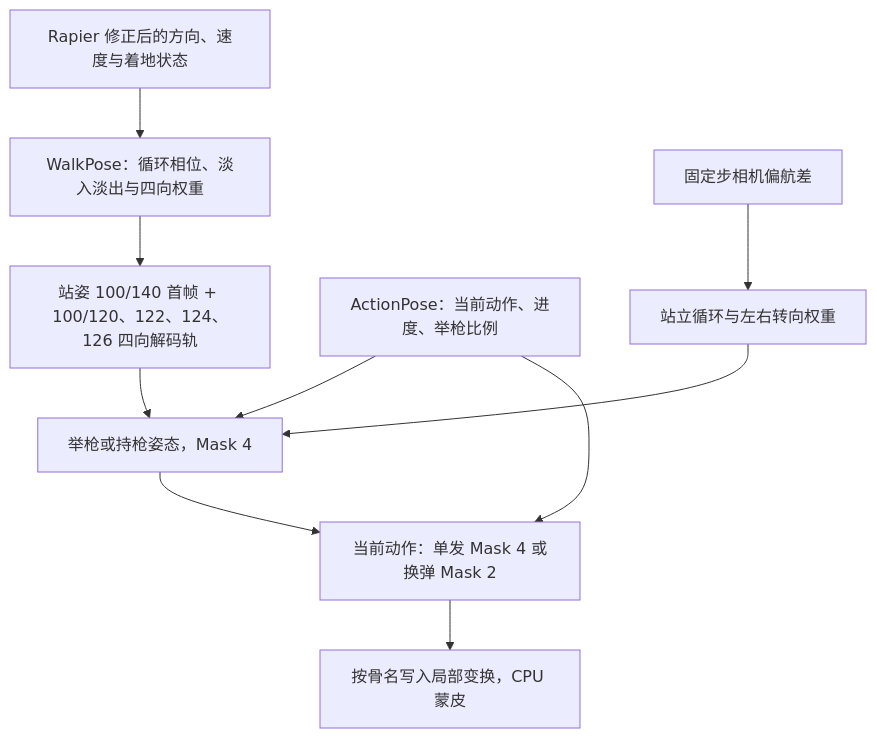
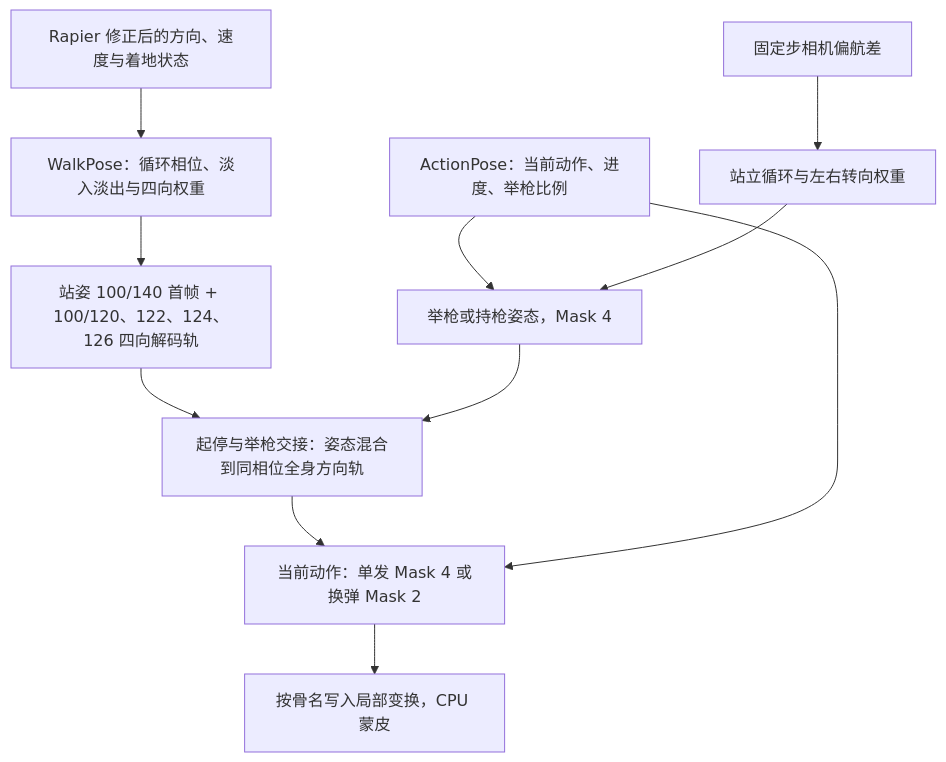
The second of 2 diagrams in web-3c/TECHNICAL.md (archili2035/RE_Research), drawn with Mermaid before and after one commit. The commit also changed other lines of this file and 11 other files, not shown here.

````diff
--- a/web-3c/TECHNICAL.md
+++ b/web-3c/TECHNICAL.md
@@ -37,11 +37,12 @@
 ```mermaid
 flowchart TD
   Move["Rapier 修正后的方向、速度与着地状态"] --> Walk["WalkPose：循环相位、淡入淡出与四向权重"]
   Walk --> Base["站姿 100/140 首帧 + 100/120、122、124、126 四向解码轨"]
   State["ActionPose：当前动作、进度、举枪比例"] --> Aim["举枪或持枪姿态，Mask 4"]
   Camera["固定步相机偏航差"] --> AimMotion["站立循环与左右转向权重"] --> Aim
-  Base --> Aim
-  Aim --> Overlay["当前动作：单发 Mask 4 或换弹 Mask 2"]
+  Base --> AimedBase["起停与举枪交接：姿态混合到同相位全身方向轨"]
+  Aim --> AimedBase
+  AimedBase --> Overlay["当前动作：单发 Mask 4 或换弹 Mask 2"]
   State --> Overlay
   Overlay --> Skin["按骨名写入局部变换，CPU 蒙皮"]
 ```
````
